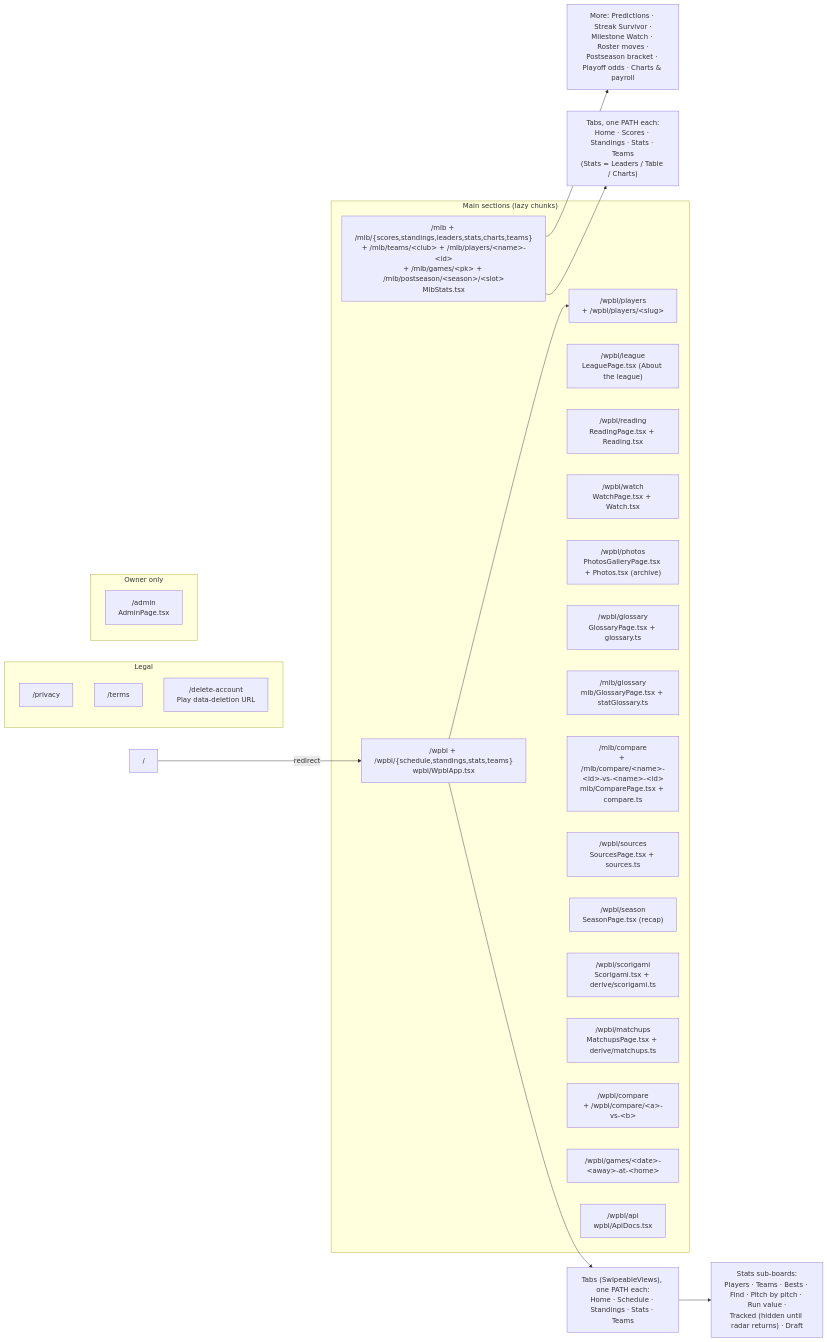
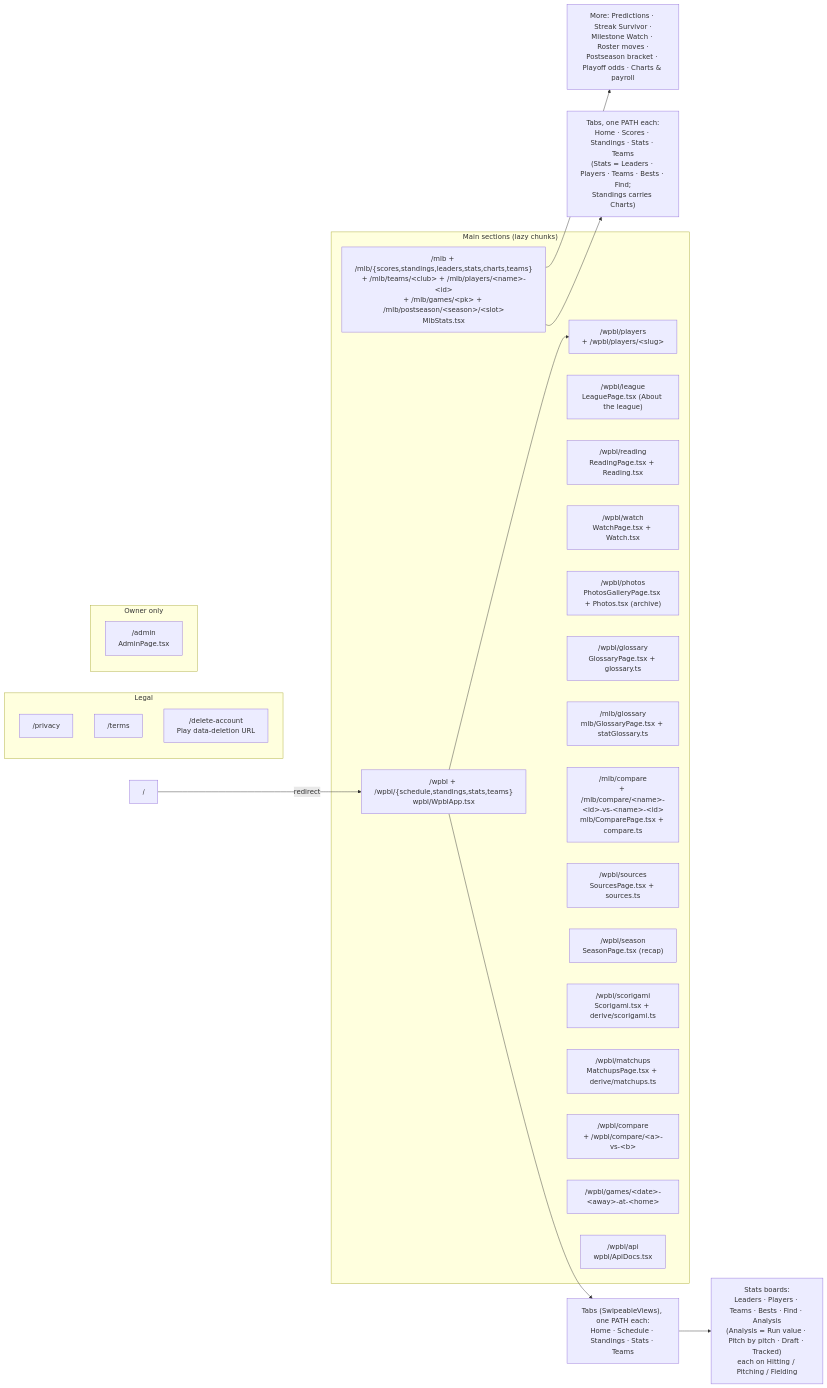
The second of 5 diagrams in ARCHITECTURE.md (sportydolphin/fun), drawn with Mermaid before and after one commit. The commit also changed 37 other files, not shown here.

````diff
--- a/ARCHITECTURE.md
+++ b/ARCHITECTURE.md
@@ -98,39 +98,39 @@
 ```mermaid
 flowchart LR
     subgraph Main["Main sections (lazy chunks)"]
         mlb["/mlb + /mlb/{scores,standings,leaders,stats,charts,teams}<br/>+ /mlb/teams/&lt;club&gt; + /mlb/players/&lt;name&gt;-&lt;id&gt;<br/>+ /mlb/games/&lt;pk&gt; + /mlb/postseason/&lt;season&gt;/&lt;slot&gt;<br/>MlbStats.tsx"]
         wpbl["/wpbl + /wpbl/{schedule,standings,stats,teams}<br/>wpbl/WpblApp.tsx"]
         wplayers["/wpbl/players<br/>+ /wpbl/players/&lt;slug&gt;"]
         wleague["/wpbl/league<br/>LeaguePage.tsx (About the league)"]
         wreading["/wpbl/reading<br/>ReadingPage.tsx + Reading.tsx"]
         wwatch["/wpbl/watch<br/>WatchPage.tsx + Watch.tsx"]
         wphotos["/wpbl/photos<br/>PhotosGalleryPage.tsx + Photos.tsx (archive)"]
         wgloss["/wpbl/glossary<br/>GlossaryPage.tsx + glossary.ts"]
         mgloss["/mlb/glossary<br/>mlb/GlossaryPage.tsx + statGlossary.ts"]
         mcmp["/mlb/compare<br/>+ /mlb/compare/&lt;name&gt;-&lt;id&gt;-vs-&lt;name&gt;-&lt;id&gt;<br/>mlb/ComparePage.tsx + compare.ts"]
         wsrc["/wpbl/sources<br/>SourcesPage.tsx + sources.ts"]
         wseason["/wpbl/season<br/>SeasonPage.tsx (recap)"]
         wscori["/wpbl/scorigami<br/>Scorigami.tsx + derive/scorigami.ts"]
         wmatch["/wpbl/matchups<br/>MatchupsPage.tsx + derive/matchups.ts"]
         wcmp["/wpbl/compare<br/>+ /wpbl/compare/&lt;a&gt;-vs-&lt;b&gt;"]
         wgames["/wpbl/games/&lt;date&gt;-&lt;away&gt;-at-&lt;home&gt;"]
         api["/wpbl/api<br/>wpbl/ApiDocs.tsx"]
     end
 
     subgraph Legal["Legal"]
         priv["/privacy"]
         terms["/terms"]
         del["/delete-account<br/>Play data-deletion URL"]
     end
 
     subgraph Owner["Owner only"]
         adm["/admin<br/>AdminPage.tsx"]
     end
 
     root["/"] -->|redirect| wpbl
     wpbl --> wtabs["Tabs (SwipeableViews), one PATH each:<br/>Home · Schedule · Standings · Stats · Teams"]
-    wtabs --> wstats["Stats sub-boards:<br/>Players · Teams · Bests · Find · Pitch by pitch · Run value ·<br/>Tracked (hidden until radar returns) · Draft"]
+    wtabs --> wstats["Stats boards:<br/>Leaders · Players · Teams · Bests · Find · Analysis<br/>(Analysis = Run value · Pitch by pitch · Draft · Tracked)<br/>each on Hitting / Pitching / Fielding"]
     wpbl --> wplayers
-    mlb --> mtabs["Tabs, one PATH each:<br/>Home · Scores · Standings · Stats · Teams<br/>(Stats = Leaders / Table / Charts)"]
+    mlb --> mtabs["Tabs, one PATH each:<br/>Home · Scores · Standings · Stats · Teams<br/>(Stats = Leaders · Players · Teams · Bests · Find;<br/>Standings carries Charts)"]
     mlb --> mmore["More: Predictions · Streak Survivor ·<br/>Milestone Watch · Roster moves ·<br/>Postseason bracket · Playoff odds · Charts & payroll"]
 ```
````
